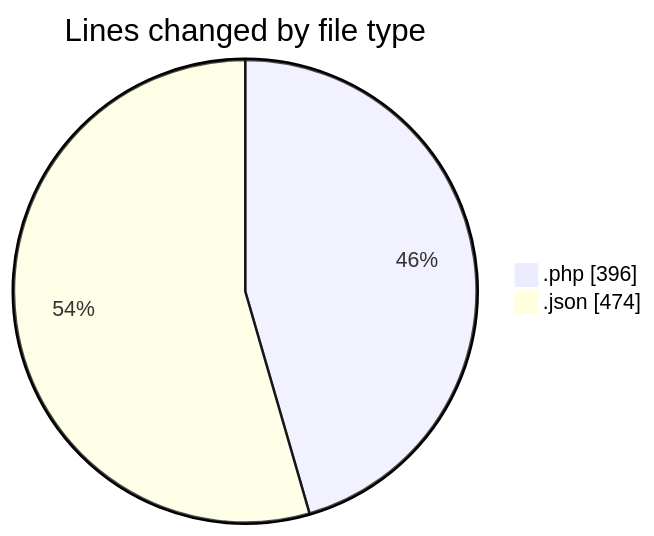
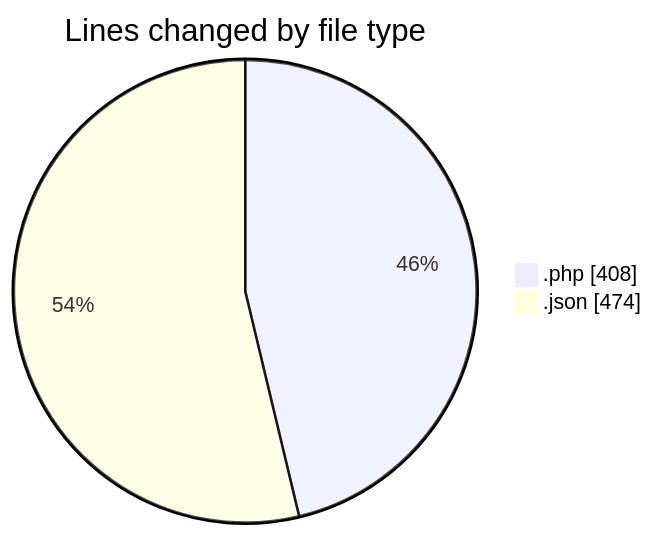
Before and after one commit to idhammustaqopulfikri/code-tracking: the first of 2 diagrams in 2025-05-16/booking/README.md, drawn with Mermaid. The commit also changed other lines of this file and 1 other file, not shown here.

````diff
--- a/2025-05-16/booking/README.md
+++ b/2025-05-16/booking/README.md
@@ -30,6 +31,6 @@
 ```mermaid
 pie showData
 title Lines changed by file type
-".php" : 396
+".php" : 408
 ".json" : 474
 ```
````
